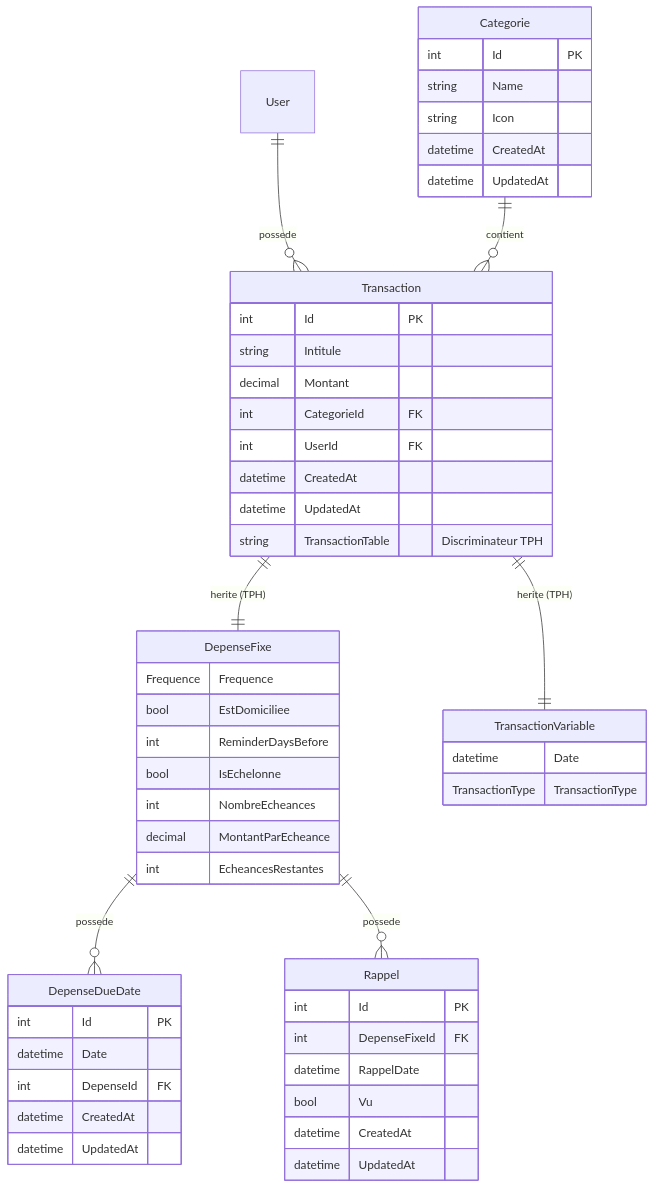
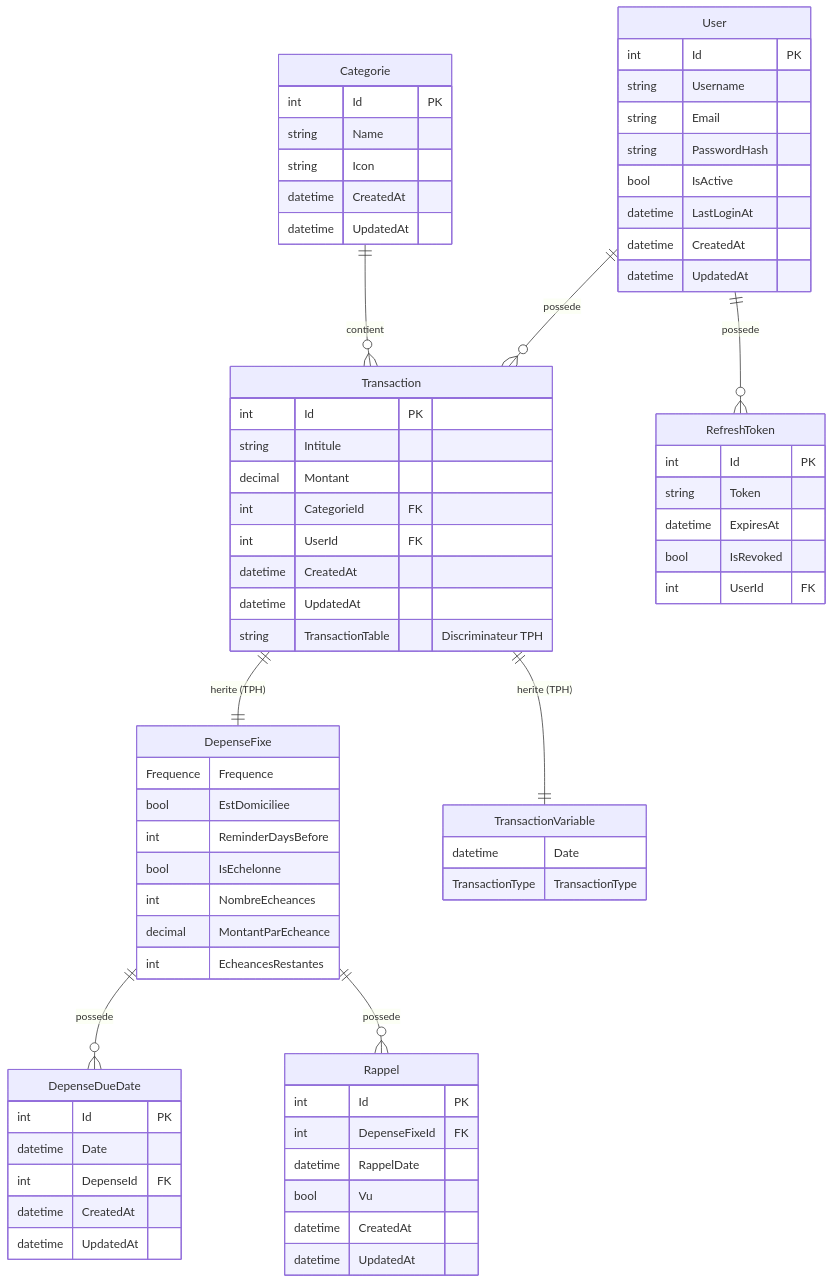
One commit to Petch91/BudgetApp changed the diagram in ObsidianDocs/01-Projets/BudgetApp/README.md. Above: the diagram before and after it, drawn with Mermaid. The commit also changed other lines of this file and 22 other files, not shown here.

````diff
--- a/ObsidianDocs/01-Projets/BudgetApp/README.md
+++ b/ObsidianDocs/01-Projets/BudgetApp/README.md
@@ -106,60 +113,80 @@
 ```mermaid
 erDiagram
     User ||--o{ Transaction : possede
+    User ||--o{ RefreshToken : possede
     Categorie ||--o{ Transaction : contient
     Transaction ||--|| DepenseFixe : "herite (TPH)"
     Transaction ||--|| TransactionVariable : "herite (TPH)"
     DepenseFixe ||--o{ DepenseDueDate : possede
     DepenseFixe ||--o{ Rappel : possede
+
+    User {
+        int Id PK
+        string Username
+        string Email
+        string PasswordHash
+        bool IsActive
+        datetime LastLoginAt
+        datetime CreatedAt
+        datetime UpdatedAt
+    }
 
     Categorie {
         int Id PK
         string Name
         string Icon
         datetime CreatedAt
         datetime UpdatedAt
     }
 
     Transaction {
         int Id PK
         string Intitule
         decimal Montant
         int CategorieId FK
         int UserId FK
         datetime CreatedAt
         datetime UpdatedAt
         string TransactionTable "Discriminateur TPH"
     }
 
     DepenseFixe {
         Frequence Frequence
         bool EstDomiciliee
         int ReminderDaysBefore
         bool IsEchelonne
         int NombreEcheances
         decimal MontantParEcheance
         int EcheancesRestantes
     }
 
     TransactionVariable {
         datetime Date
         TransactionType TransactionType
     }
 
     DepenseDueDate {
         int Id PK
         datetime Date
         int DepenseId FK
         datetime CreatedAt
         datetime UpdatedAt
     }
 
     Rappel {
         int Id PK
         int DepenseFixeId FK
         datetime RappelDate
         bool Vu
         datetime CreatedAt
         datetime UpdatedAt
     }
+
+    RefreshToken {
+        int Id PK
+        string Token
+        datetime ExpiresAt
+        bool IsRevoked
+        int UserId FK
+    }
 ```
````
